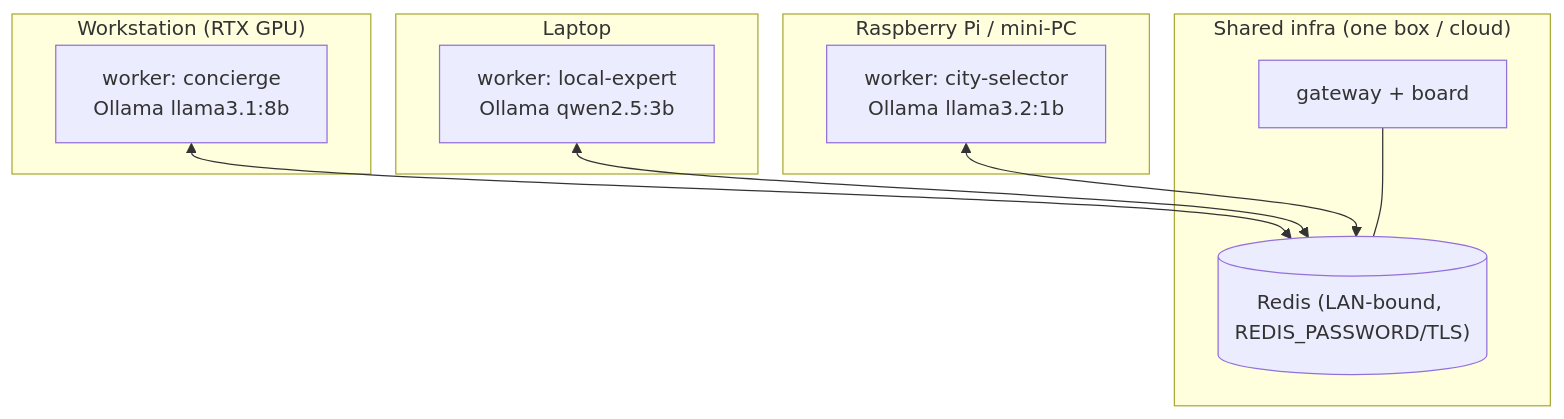
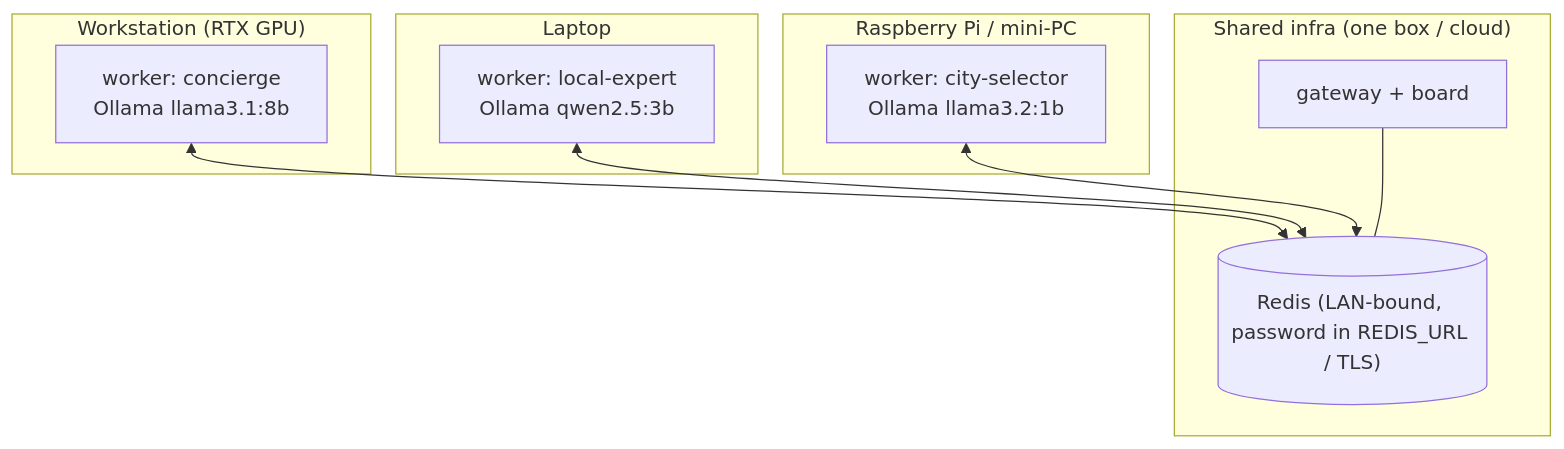
The second of 2 diagrams in DEPLOYMENT.md (andreibesleaga/kaiban-distributed-examples), drawn with Mermaid before and after one commit. The commit also changed other lines of this file and 7 other files, not shown here.

Commit message:
Docs: audit fixes (11 findings): env copy path, four examples, version, Redis password wording, CI note, AGENTS.md and architecture

````diff
--- a/DEPLOYMENT.md
+++ b/DEPLOYMENT.md
@@ -240,20 +244,20 @@
 ```mermaid
 flowchart TB
   subgraph hub["Shared infra (one box / cloud)"]
-    R[("Redis (LAN-bound, REDIS_PASSWORD/TLS)")]
+    R[("Redis (LAN-bound, password in REDIS_URL / TLS)")]
     GW["gateway + board"]
   end
   subgraph ws["Workstation (RTX GPU)"]
     W["worker: concierge<br/>Ollama llama3.1:8b"]
   end
   subgraph lap["Laptop"]
     L["worker: local-expert<br/>Ollama qwen2.5:3b"]
   end
   subgraph pi["Raspberry Pi / mini-PC"]
     P["worker: city-selector<br/>Ollama llama3.2:1b"]
   end
   W <--> R
   L <--> R
   P <--> R
   GW --- R
 ```
````
